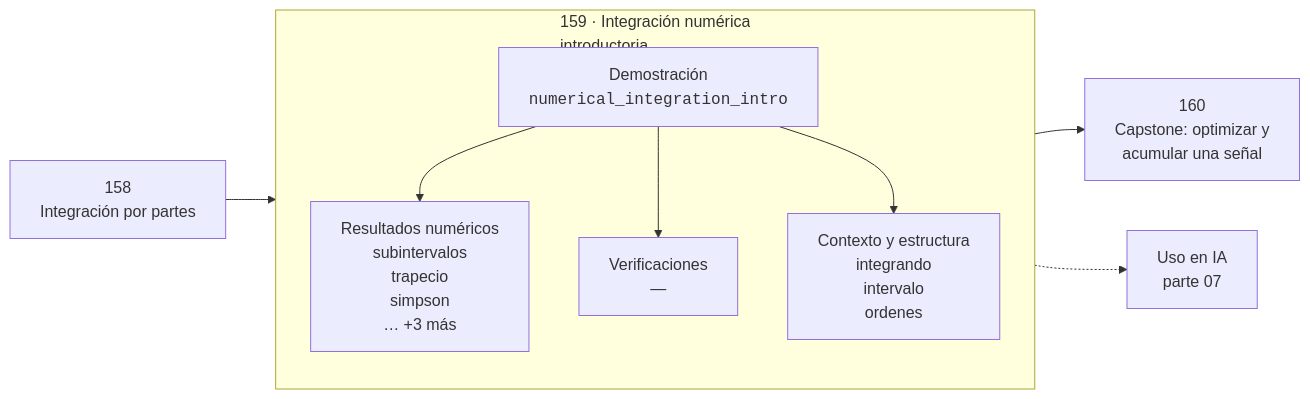
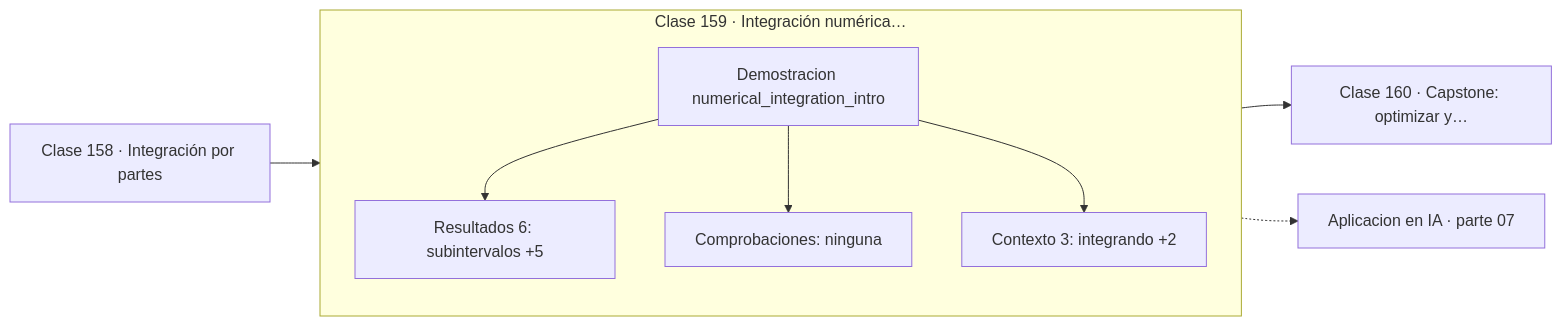
The diagram in classes/part-07-calculo-diferencial-e-integral/159-integracion-numerica-introductoria/README.md (vladimiracunadev-create/computational-mathematics-program), drawn with Mermaid before and after one commit. The commit also changed 389 other files, not shown here.

First line of the commit message:
fix(diagramas): elimina el HTML de las etiquetas Mermaid

````diff
--- a/classes/part-07-calculo-diferencial-e-integral/159-integracion-numerica-introductoria/README.md
+++ b/classes/part-07-calculo-diferencial-e-integral/159-integracion-numerica-introductoria/README.md
@@ -30,12 +30,13 @@
 ```mermaid
 flowchart LR
-    P["158<br/>Integración por partes"] --> C
-    subgraph C["159 · Integración numérica<br/>introductoria"]
+    P["Clase 158 · Integración por partes"] --> D
+    subgraph CLASE["Clase 159 · Integración numérica…"]
         direction TB
-        D["Demostración<br/><code>numerical_integration_intro</code>"] --> R["Resultados numéricos<br/>subintervalos<br/>trapecio<br/>simpson<br/>… +3 más"]
-        D --> V["Verificaciones<br/>—"]
-        D --> O["Contexto y estructura<br/>integrando<br/>intervalo<br/>ordenes"]
+        D["Demostracion numerical_integration_intro"]
+        D --> R["Resultados 6: subintervalos +5"]
+        D --> V["Comprobaciones: ninguna"]
+        D --> O["Contexto 3: integrando +2"]
     end
-    C --> N["160<br/>Capstone: optimizar y<br/>acumular una señal"]
-    C -.-> IA["Uso en IA<br/>parte 07"]
+    R --> N["Clase 160 · Capstone: optimizar y…"]
+    V -.-> IA["Aplicacion en IA · parte 07"]
 ```
````
